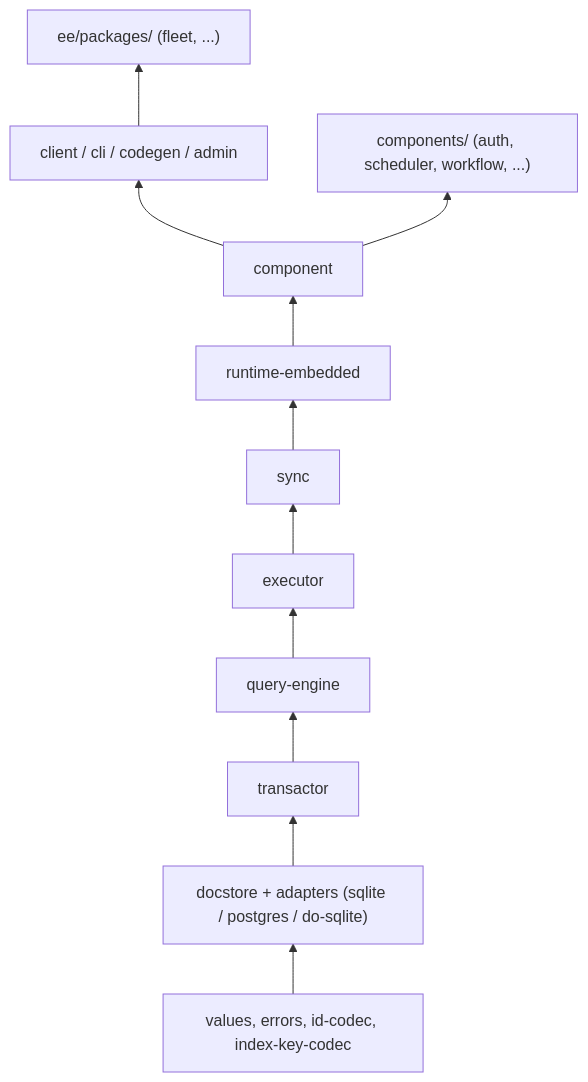
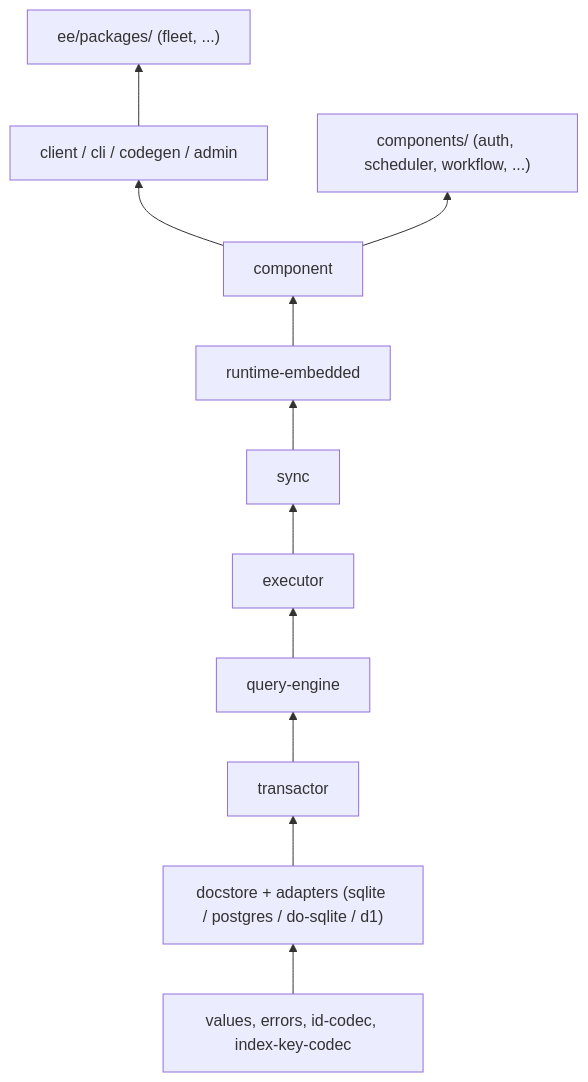
Before and after one commit to helipod-sh/helipod: the first of 2 diagrams in docs/content/docs/contributing/codebase/monorepo.mdx, drawn with Mermaid. The commit also changed other lines of this file and 51 other files, not shown here.

````diff
--- a/docs/content/docs/contributing/codebase/monorepo.mdx
+++ b/docs/content/docs/contributing/codebase/monorepo.mdx
@@ -73,18 +155,18 @@
 ```mermaid
 flowchart BT
   L0["values, errors, id-codec, index-key-codec"]
-  L1["docstore + adapters (sqlite / postgres / do-sqlite)"]
+  L1["docstore + adapters (sqlite / postgres / do-sqlite / d1)"]
   L2["transactor"]
   L3["query-engine"]
   L4["executor"]
   L5["sync"]
   L6["runtime-embedded"]
   L7["component"]
   L8["client / cli / codegen / admin"]
   COMP["components/ (auth, scheduler, workflow, ...)"]
   EE["ee/packages/ (fleet, ...)"]
 
   L0 --> L1 --> L2 --> L3 --> L4 --> L5 --> L6 --> L7 --> L8
   L7 --> COMP
   L8 --> EE
 ```
````
